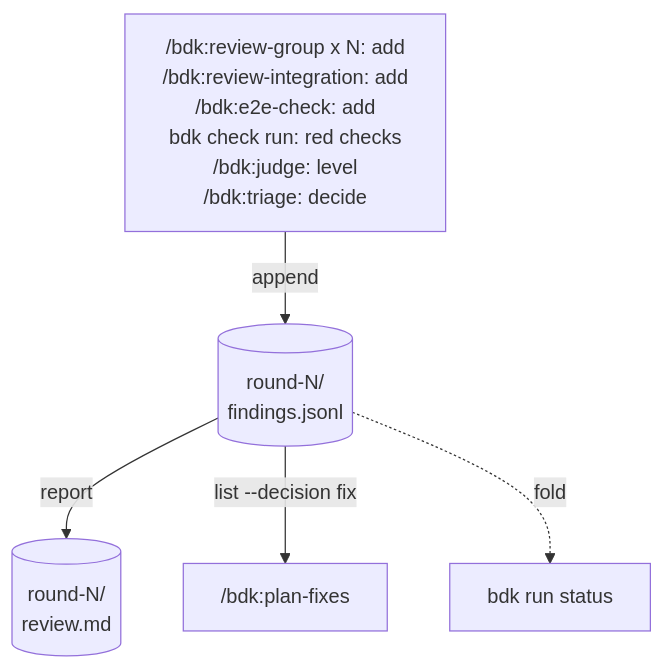
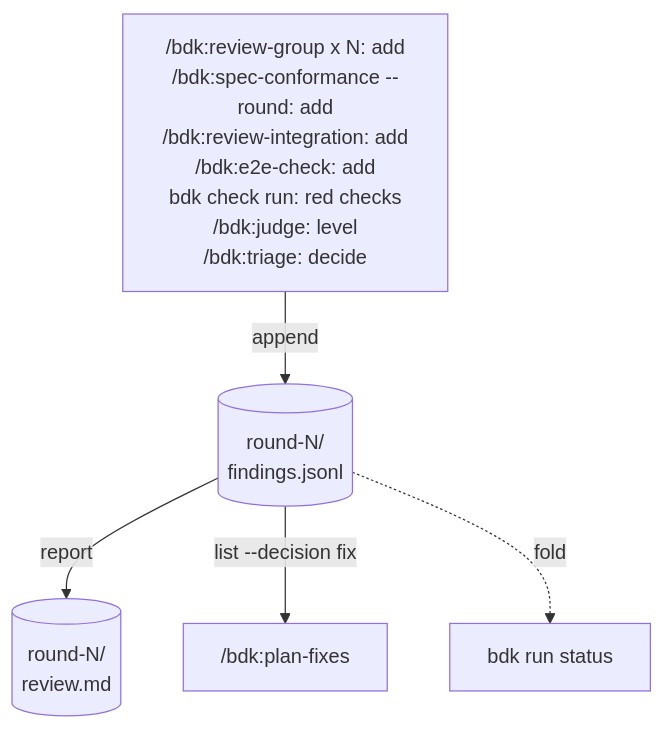
Before and after one commit to broneq/bdk: the third of 5 diagrams in docs/concepts/run-state.md, drawn with Mermaid. The commit also changed other lines of this file and 75 other files, not shown here.

First line of the commit message:
feat(skills): check spec conformance in every review round

````diff
--- a/docs/concepts/run-state.md
+++ b/docs/concepts/run-state.md
@@ -158,8 +160,8 @@
 ```mermaid
 flowchart TB
-  W["/bdk:review-group x N: add<br/>/bdk:review-integration: add<br/>/bdk:e2e-check: add<br/>bdk check run: red checks<br/>/bdk:judge: level<br/>/bdk:triage: decide"]
+  W["/bdk:review-group x N: add<br/>/bdk:spec-conformance --round: add<br/>/bdk:review-integration: add<br/>/bdk:e2e-check: add<br/>bdk check run: red checks<br/>/bdk:judge: level<br/>/bdk:triage: decide"]
   W -->|"append"| F[("round-N/<br/>findings.jsonl")]
   F -->|"report"| REP[("round-N/<br/>review.md")]
   F -->|"list --decision fix"| PF["/bdk:plan-fixes"]
   F -.->|"fold"| ST["bdk run status"]
 ```
````
